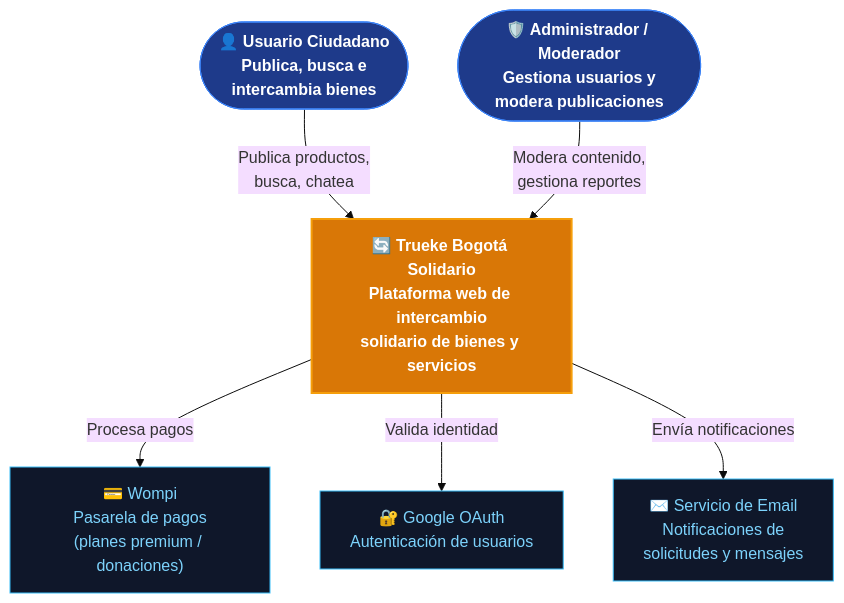
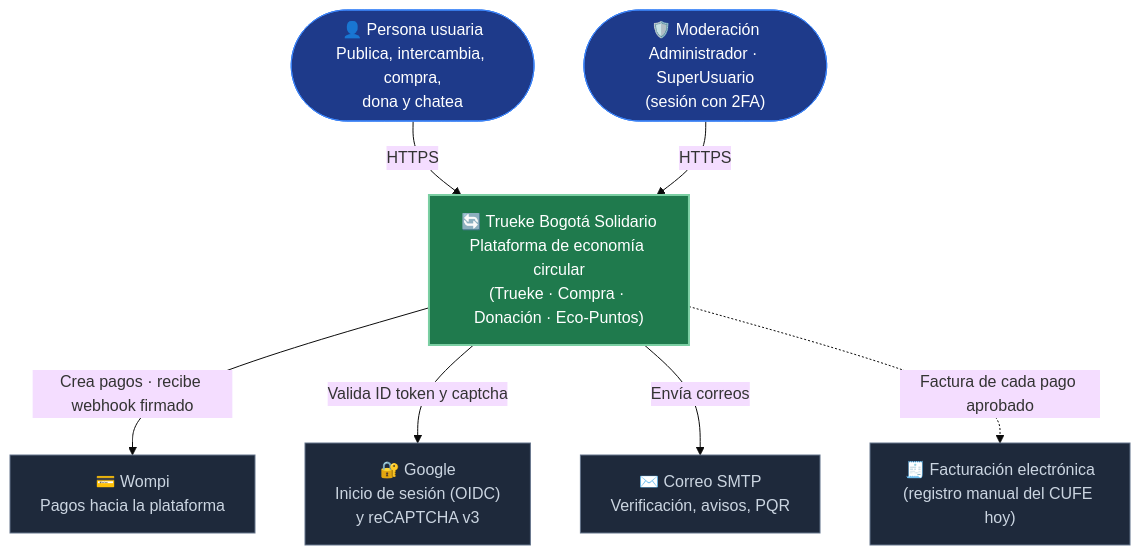
Before and after one commit to IngMartinG/TRUEKE-BOGOTA-SOLIDARIO-: the first of 4 diagrams in docs/c4/C4_MODELO_TRUEKE.md, drawn with Mermaid (base theme). The commit also changed other lines of this file and 20 other files, not shown here.

````diff
--- a/docs/c4/C4_MODELO_TRUEKE.md
+++ b/docs/c4/C4_MODELO_TRUEKE.md
@@ -12,21 +12,23 @@
 ```mermaid
 flowchart TB
-    U1(["👤 Usuario Ciudadano<br/>Publica, busca e<br/>intercambia bienes"]):::persona
-    U2(["🛡️ Administrador / Moderador<br/>Gestiona usuarios y<br/>modera publicaciones"]):::persona
+    U1(["👤 Persona usuaria<br/>Publica, intercambia, compra,<br/>dona y chatea"]):::persona
+    U2(["🛡️ Moderación<br/>Administrador · SuperUsuario<br/>(sesión con 2FA)"]):::persona
 
-    SYS["🔄 Trueke Bogotá Solidario<br/>Plataforma web de intercambio<br/>solidario de bienes y servicios"]:::system
+    SYS["🔄 Trueke Bogotá Solidario<br/>Plataforma de economía circular<br/>(Trueke · Compra · Donación · Eco-Puntos)"]:::system
 
-    EXT1["💳 Wompi<br/>Pasarela de pagos<br/>(planes premium / donaciones)"]:::external
-    EXT2["🔐 Google OAuth<br/>Autenticación de usuarios"]:::external
-    EXT3["✉️ Servicio de Email<br/>Notificaciones de<br/>solicitudes y mensajes"]:::external
+    WOMPI["💳 Wompi<br/>Pagos hacia la plataforma"]:::externo
+    GOOGLE["🔐 Google<br/>Inicio de sesión (OIDC)<br/>y reCAPTCHA v3"]:::externo
+    SMTP["✉️ Correo SMTP<br/>Verificación, avisos, PQR"]:::externo
+    DIAN["🧾 Facturación electrónica<br/>(registro manual del CUFE hoy)"]:::externo
 
-    U1 -->|"Publica productos,<br/>busca, chatea"| SYS
-    U2 -->|"Modera contenido,<br/>gestiona reportes"| SYS
-    SYS -->|"Procesa pagos"| EXT1
-    SYS -->|"Valida identidad"| EXT2
-    SYS -->|"Envía notificaciones"| EXT3
+    U1 -->|"HTTPS"| SYS
+    U2 -->|"HTTPS"| SYS
+    SYS -->|"Crea pagos · recibe webhook firmado"| WOMPI
+    SYS -->|"Valida ID token y captcha"| GOOGLE
+    SYS -->|"Envía correos"| SMTP
+    SYS -.->|"Factura de cada pago aprobado"| DIAN
 
-    classDef persona fill:#1e3a8a,color:#ffffff,stroke:#3b82f6,stroke-width:1px,font-weight:bold;
-    classDef system fill:#d97706,color:#ffffff,stroke:#f59e0b,stroke-width:2px,font-weight:bold;
-    classDef external fill:#0f172a,color:#7dd3fc,stroke:#38bdf8,stroke-width:1px;
+    classDef persona fill:#1e3a8a,color:#fff,stroke:#3b82f6;
+    classDef system fill:#1f7a4d,color:#fff,stroke:#7bcfa3,stroke-width:2px;
+    classDef externo fill:#1e293b,color:#cbd5e1,stroke:#64748b;
 ```
````
